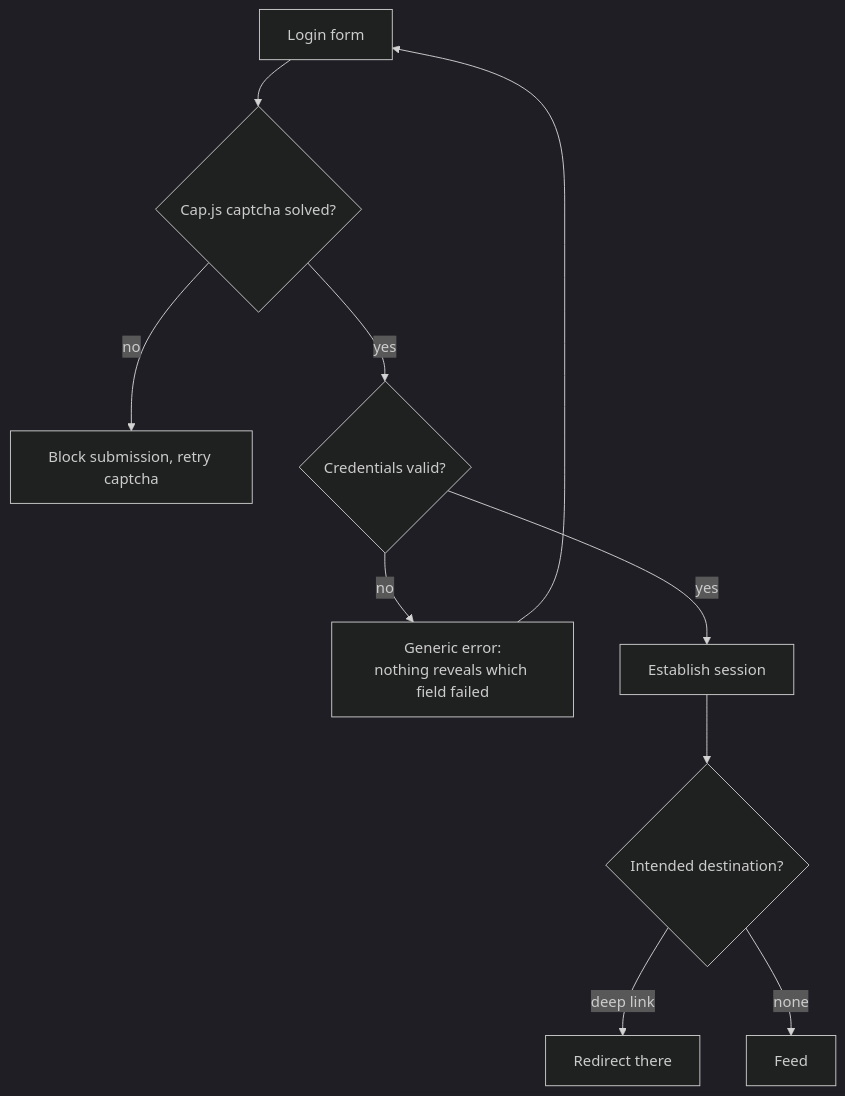
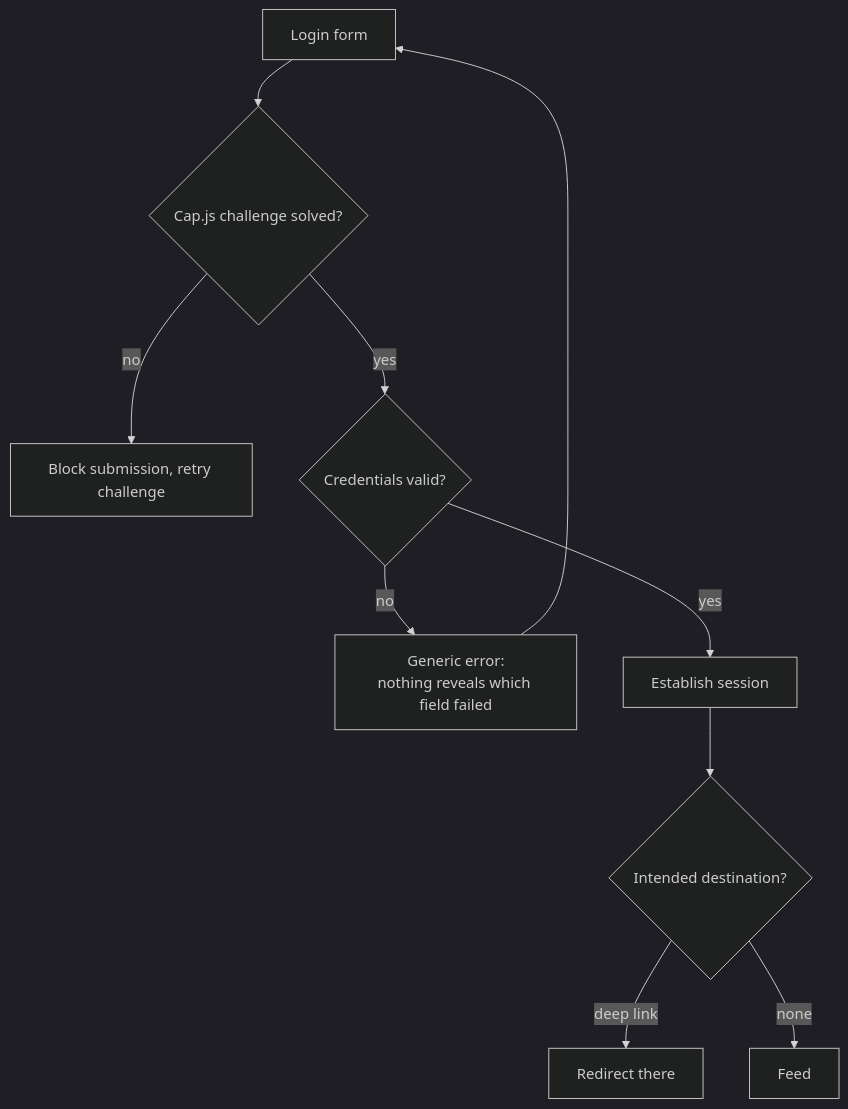
Before and after one commit to jdc-projects/xitter: the second of 9 diagrams in docs/specs/product/03-user-flows.md, drawn with Mermaid (dark theme). The commit also changed other lines of this file and 18 other files, not shown here.

````diff
--- a/docs/specs/product/03-user-flows.md
+++ b/docs/specs/product/03-user-flows.md
@@ -22,12 +22,12 @@
 ```mermaid
 flowchart TD
-    A[Login form] --> B{Cap.js captcha solved?}
-    B -- no --> B1[Block submission, retry captcha]
+    A[Login form] --> B{Cap.js challenge solved?}
+    B -- no --> B1[Block submission, retry challenge]
     B -- yes --> C{Credentials valid?}
     C -- no --> E[Generic error:\nnothing reveals which field failed]
     E --> A
     C -- yes --> D[Establish session]
     D --> F{Intended destination?}
     F -- deep link --> G[Redirect there]
     F -- none --> H[Feed]
 ```
````
